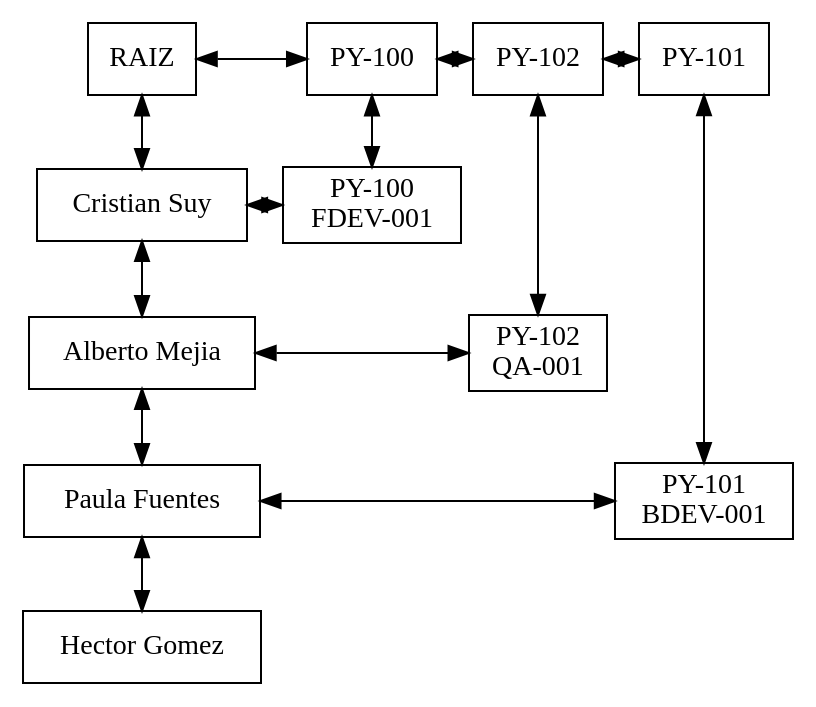
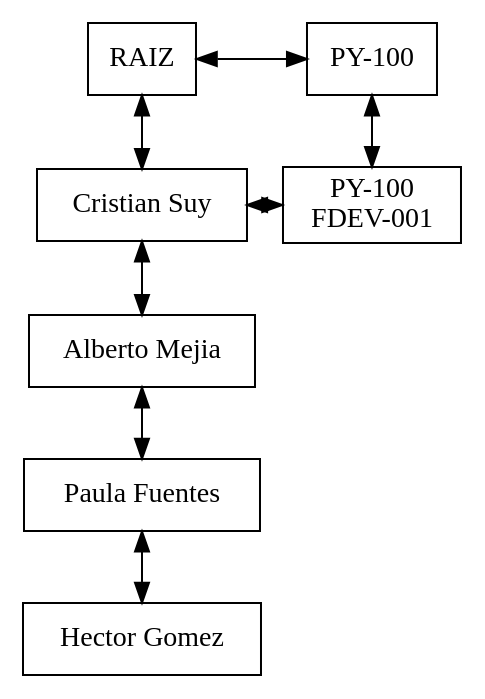
Before and after one commit to LuisAntoniokh/2S2023_EDD_PY1_Fase1_a: the diagram in matriz.dot, drawn with Graphviz. The commit also changed 14 other files, not shown here.

```diff
--- a/matriz.dot
+++ b/matriz.dot
@@ -1,38 +1,28 @@
 digraph MatrizCapa{ 
  node[shape=box] 
  rankdir=UD;
 {rank=same; 
-nodo0xff6d88[label="RAIZ\n" ,group=0]; 
-nodo0xff6f58[label="PY-100" ,group=1]; 
-nodo0xff6f88[label="PY-102" ,group=2]; 
-nodo0xff6fb8[label="PY-101" ,group=3]; 
+nodo0xa60f38[label="RAIZ\n" ,group=0]; 
+nodo0xa610b8[label="PY-100" ,group=1]; 
 } 
 {rank=same; 
-nodo0xff7000[label="Cristian Suy" ,group=0]; 
-nodo0xff04f8[label="PY-100\nFDEV-001" ,group=1]; 
+nodo0xa610e8[label="Cristian Suy" ,group=0]; 
+nodo0xa61208[label="PY-100\nFDEV-001" ,group=1]; 
 } 
 {rank=same; 
-nodo0xff7048[label="Alberto Mejia" ,group=0]; 
-nodo0xff0528[label="PY-102\nQA-001" ,group=2]; 
+nodo0xa61130[label="Alberto Mejia" ,group=0]; 
 } 
 {rank=same; 
-nodo0xff7090[label="Paula Fuentes" ,group=0]; 
-nodo0xff0558[label="PY-101\nBDEV-001" ,group=3]; 
+nodo0xa61178[label="Paula Fuentes" ,group=0]; 
 } 
 {rank=same; 
-nodo0xff04b0[label="Hector Gomez" ,group=0]; 
+nodo0xa611c0[label="Hector Gomez" ,group=0]; 
 } 
-nodo0xff6d88 -> nodo0xff6f58 [dir=both];
-nodo0xff6f58 -> nodo0xff6f88 [dir=both];
-nodo0xff6f88 -> nodo0xff6fb8 [dir=both];
-nodo0xff7000 -> nodo0xff04f8 [dir=both];
-nodo0xff7048 -> nodo0xff0528 [dir=both];
-nodo0xff7090 -> nodo0xff0558 [dir=both];
-nodo0xff6d88 -> nodo0xff7000 [dir=both];
-nodo0xff7000 -> nodo0xff7048 [dir=both];
-nodo0xff7048 -> nodo0xff7090 [dir=both];
-nodo0xff7090 -> nodo0xff04b0 [dir=both];
-nodo0xff6f58 -> nodo0xff04f8 [dir=both];
-nodo0xff6f88 -> nodo0xff0528 [dir=both];
-nodo0xff6fb8 -> nodo0xff0558 [dir=both];
+nodo0xa60f38 -> nodo0xa610b8 [dir=both];
+nodo0xa610e8 -> nodo0xa61208 [dir=both];
+nodo0xa60f38 -> nodo0xa610e8 [dir=both];
+nodo0xa610e8 -> nodo0xa61130 [dir=both];
+nodo0xa61130 -> nodo0xa61178 [dir=both];
+nodo0xa61178 -> nodo0xa611c0 [dir=both];
+nodo0xa610b8 -> nodo0xa61208 [dir=both];
 } 
```
